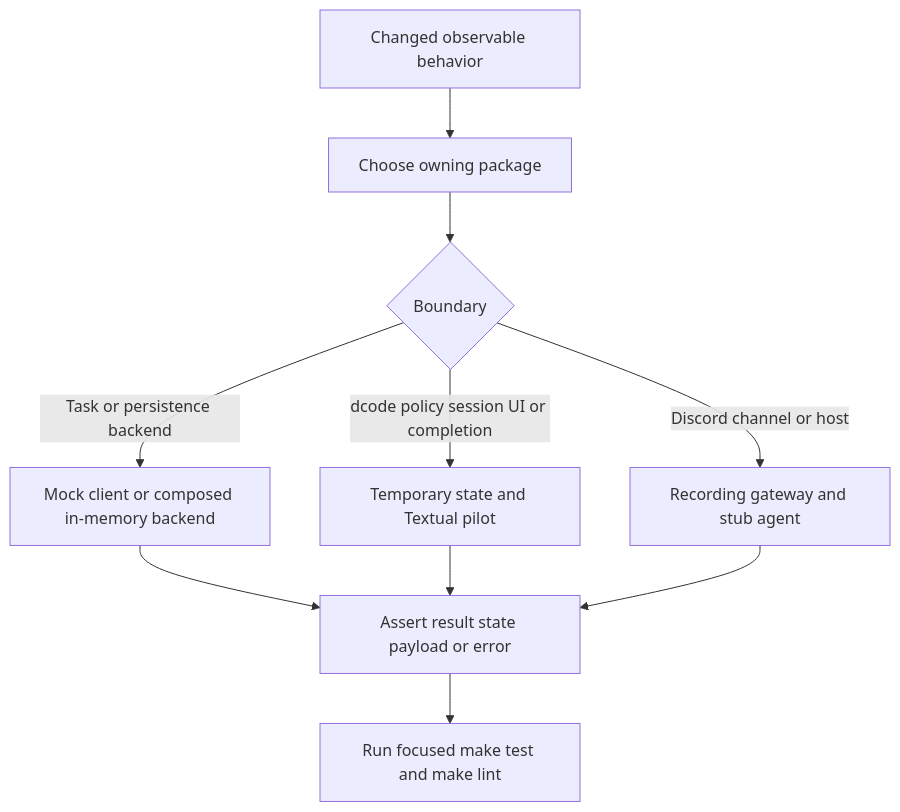
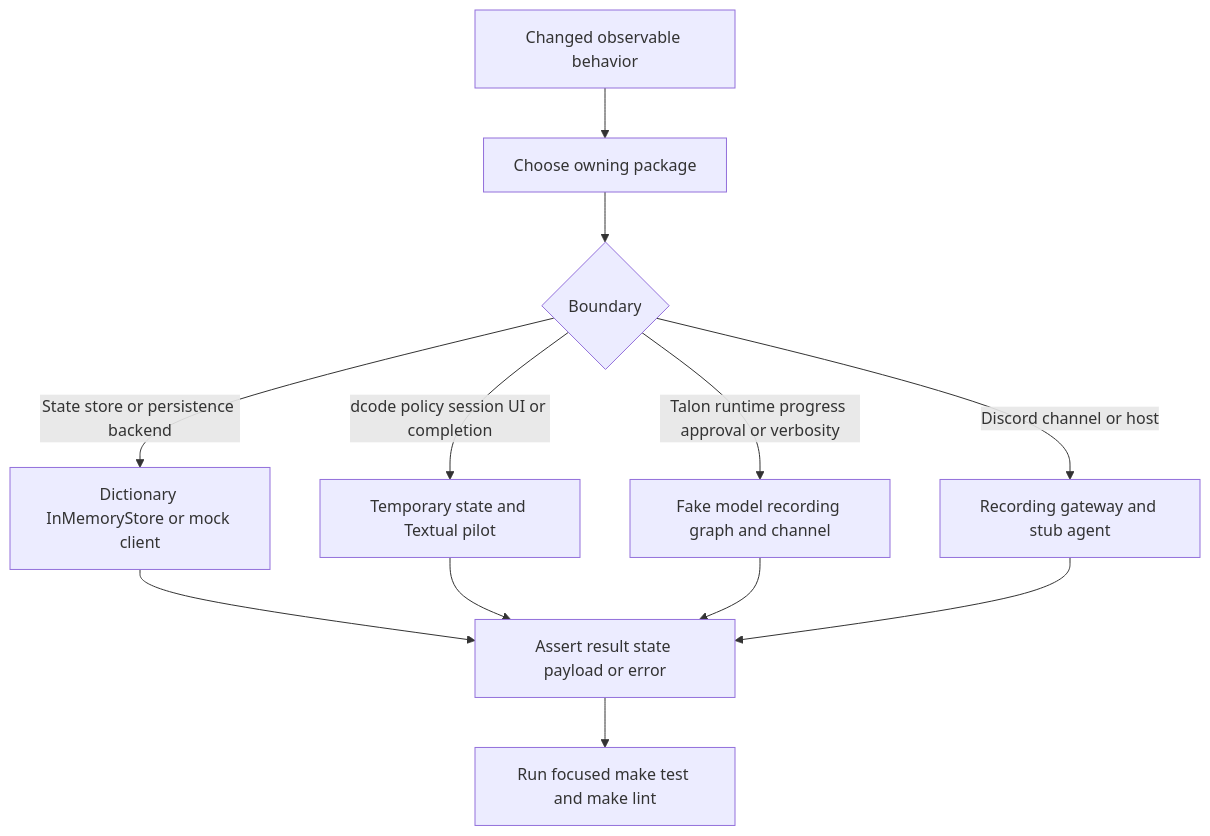
One commit to langchain-ai/deepagents changed the diagram in openwiki/testing/testing-guide.md. Above: the diagram before and after it, drawn with Mermaid. The commit also changed other lines of this file and 23 other files, not shown here.

````diff
--- a/openwiki/testing/testing-guide.md
+++ b/openwiki/testing/testing-guide.md
@@ -94,12 +118,14 @@
 ```mermaid
 flowchart TD
     Change["Changed observable behavior"] --> Owner["Choose owning package"]
     Owner --> Boundary{"Boundary"}
-    Boundary -->|"Task or persistence backend"| Backend["Mock client or composed in-memory backend"]
+    Boundary -->|"State store or persistence backend"| Backend["Dictionary InMemoryStore or mock client"]
     Boundary -->|"dcode policy session UI or completion"| Dcode["Temporary state and Textual pilot"]
+    Boundary -->|"Talon runtime progress approval or verbosity"| Runtime["Fake model recording graph and channel"]
     Boundary -->|"Discord channel or host"| Discord["Recording gateway and stub agent"]
     Backend --> Assert["Assert result state payload or error"]
     Dcode --> Assert
+    Runtime --> Assert
     Discord --> Assert
     Assert --> Check["Run focused make test and make lint"]
 ```
````
